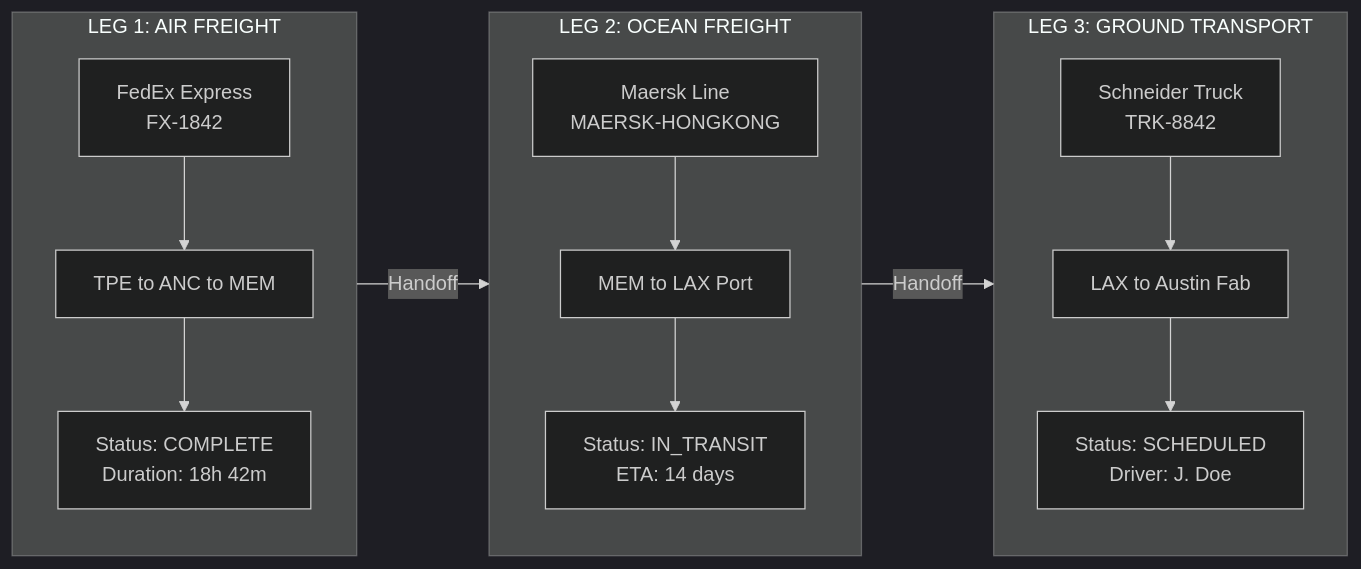
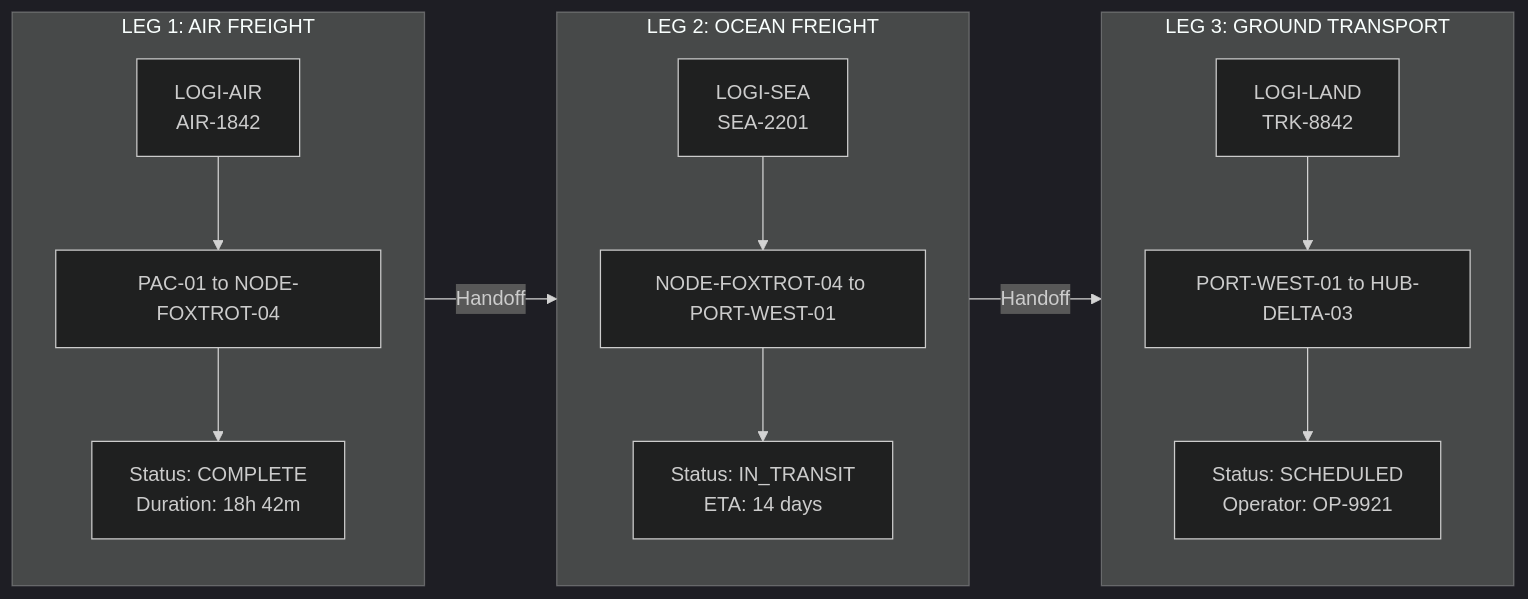
One commit to AngelP17/Transvec changed the seventh of 8 diagrams in Transvec_Project_Specification.md. Above: the diagram before and after it, drawn with Mermaid (dark theme). The commit also changed other lines of this file and 26 other files, not shown here.

````diff
--- a/Transvec_Project_Specification.md
+++ b/Transvec_Project_Specification.md
@@ -461,25 +474,25 @@
 ```mermaid
 flowchart LR
     subgraph Leg1["LEG 1: AIR FREIGHT"]
-        A1["FedEx Express<br/>FX-1842"]
-        A2["TPE to ANC to MEM"]
+        A1["LOGI-AIR<br/>AIR-1842"]
+        A2["PAC-01 to NODE-FOXTROT-04"]
         A3["Status: COMPLETE<br/>Duration: 18h 42m"]
         A1 --> A2 --> A3
     end
 
     subgraph Leg2["LEG 2: OCEAN FREIGHT"]
-        B1["Maersk Line<br/>MAERSK-HONGKONG"]
-        B2["MEM to LAX Port"]
+        B1["LOGI-SEA<br/>SEA-2201"]
+        B2["NODE-FOXTROT-04 to PORT-WEST-01"]
         B3["Status: IN_TRANSIT<br/>ETA: 14 days"]
         B1 --> B2 --> B3
     end
 
     subgraph Leg3["LEG 3: GROUND TRANSPORT"]
-        C1["Schneider Truck<br/>TRK-8842"]
-        C2["LAX to Austin Fab"]
-        C3["Status: SCHEDULED<br/>Driver: J. Doe"]
+        C1["LOGI-LAND<br/>TRK-8842"]
+        C2["PORT-WEST-01 to HUB-DELTA-03"]
+        C3["Status: SCHEDULED<br/>Operator: OP-9921"]
         C1 --> C2 --> C3
     end
 
     Leg1 -->|"Handoff"| Leg2 -->|"Handoff"| Leg3
 ```
````
